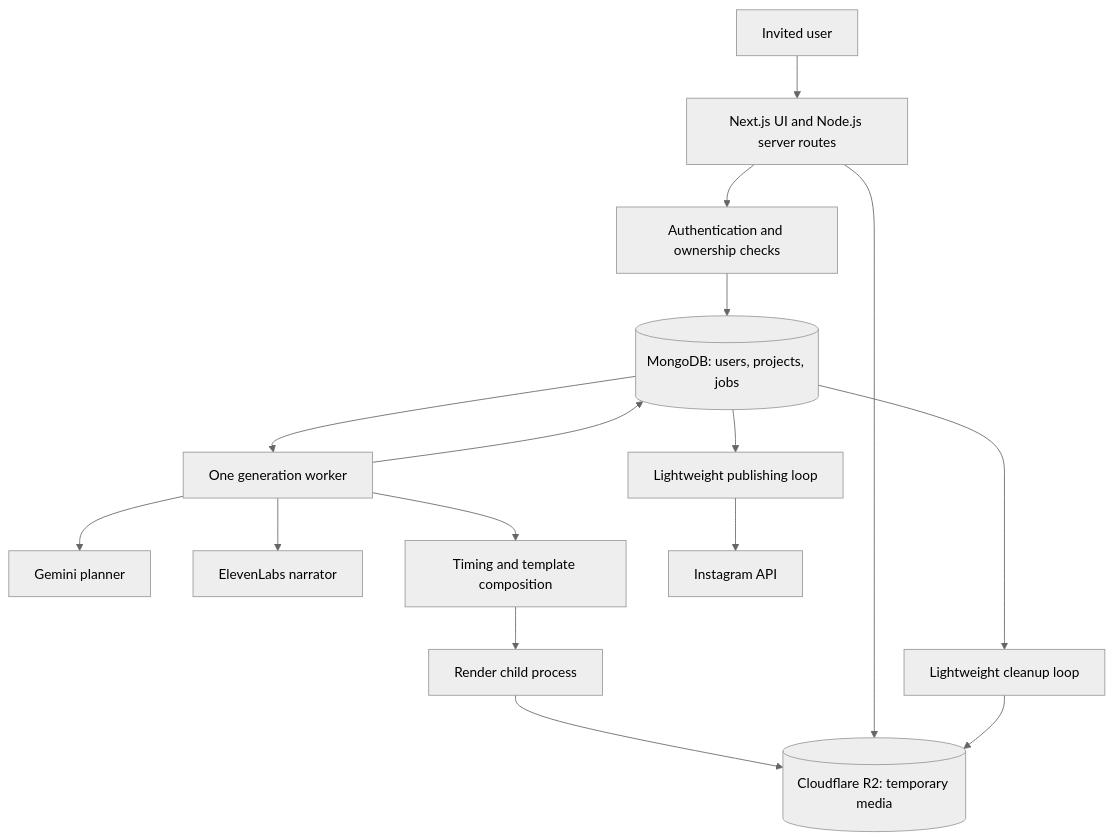
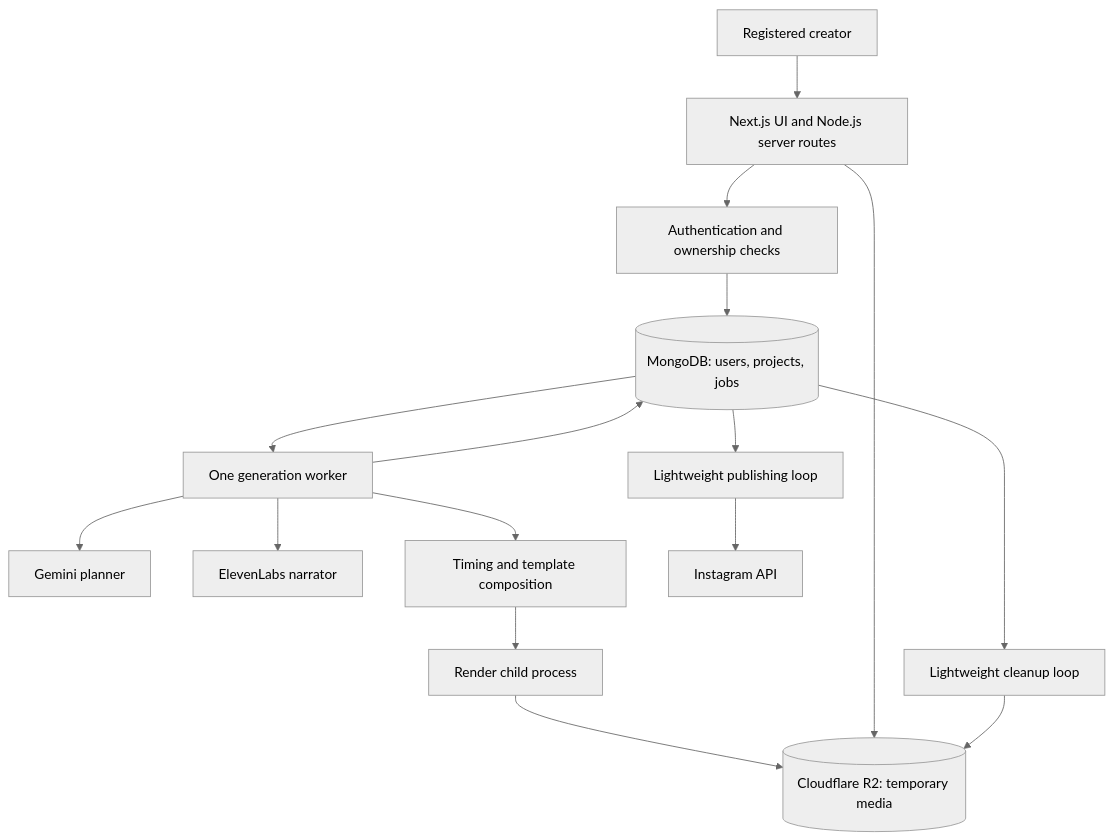
The diagram in docs/ChitraBodh-Technical-Design.md (balajiraparti/ChitraBodh---AI-powered-Video-Generator), drawn with Mermaid (neutral theme) before and after one commit. The commit also changed other lines of this file and 21 other files, not shown here.

````diff
--- a/docs/ChitraBodh-Technical-Design.md
+++ b/docs/ChitraBodh-Technical-Design.md
@@ -35,18 +35,18 @@
 ```mermaid
 flowchart TD
-    U[Invited user] --> N[Next.js UI and Node.js server routes]
+    U[Registered creator] --> N[Next.js UI and Node.js server routes]
     N --> A[Authentication and ownership checks]
     A --> D[(MongoDB: users, projects, jobs)]
     D --> W[One generation worker]
     W --> G[Gemini planner]
     W --> E[ElevenLabs narrator]
     W --> T[Timing and template composition]
     T --> R[Render child process]
     R --> S[(Cloudflare R2: temporary media)]
     W --> D
     N --> S
     D --> P[Lightweight publishing loop]
     P --> I[Instagram API]
     D --> C[Lightweight cleanup loop]
     C --> S
 ```
````
